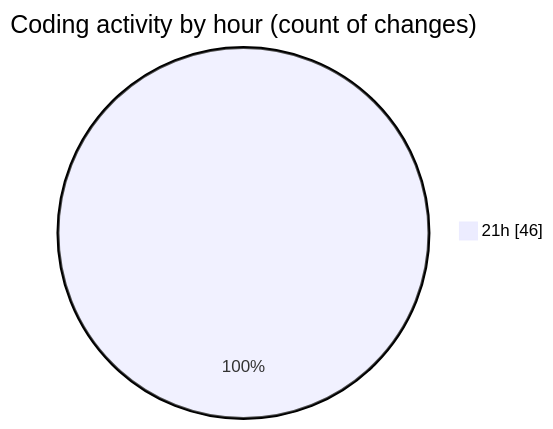
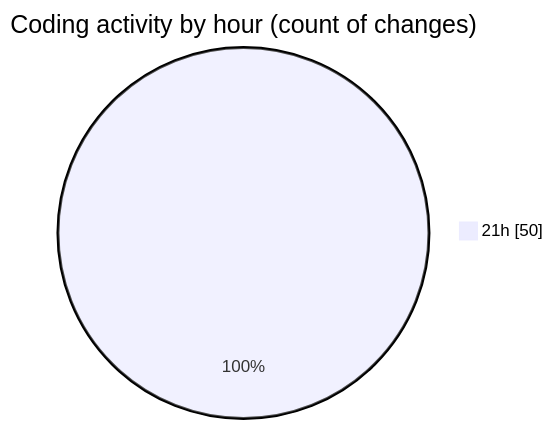
Before and after one commit to lephambinh05/code-tracking: the second of 2 diagrams in 2025-07-22/nhahang/README.md, drawn with Mermaid. The commit also changed other lines of this file and 1 other file, not shown here.

````diff
--- a/2025-07-22/nhahang/README.md
+++ b/2025-07-22/nhahang/README.md
@@ -51,5 +53,5 @@
 ```mermaid
 pie showData
 title Coding activity by hour (count of changes)
-"21h" : 46
+"21h" : 50
 ```
````
